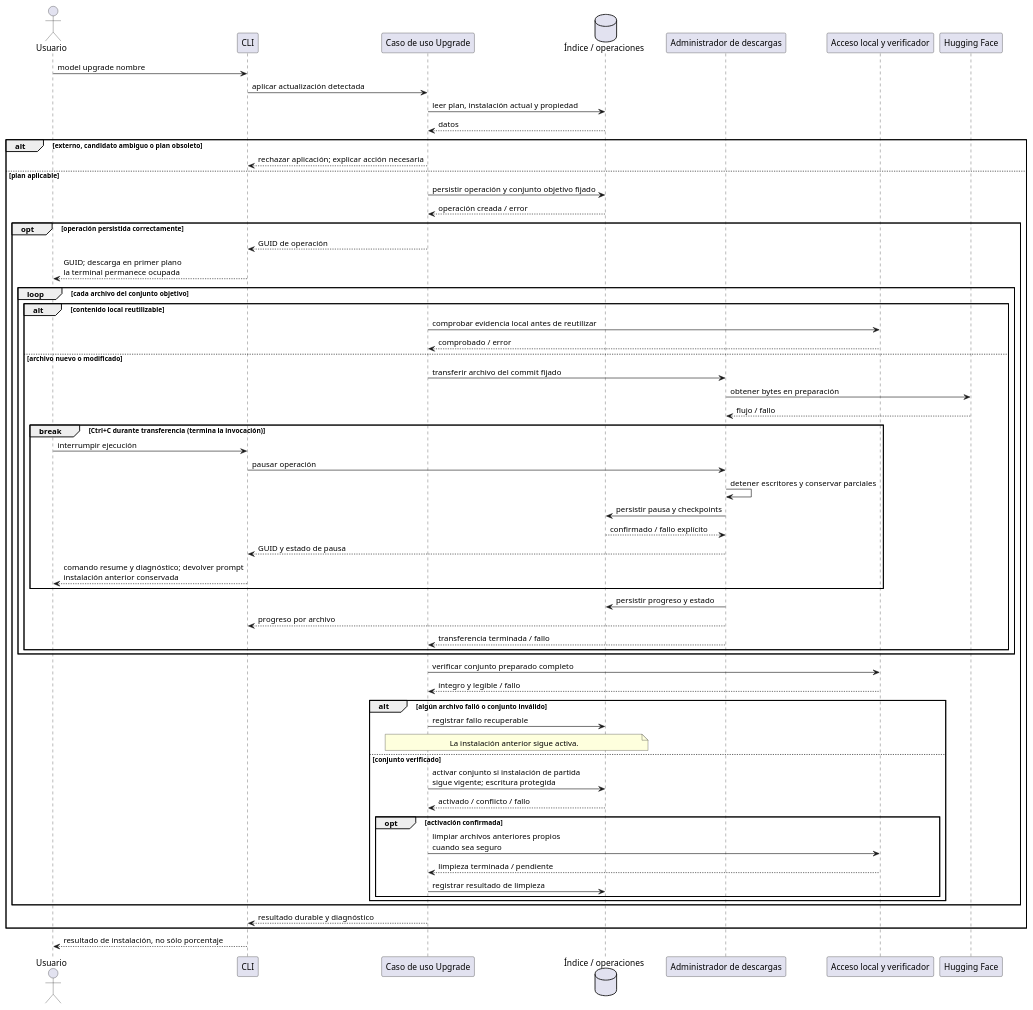
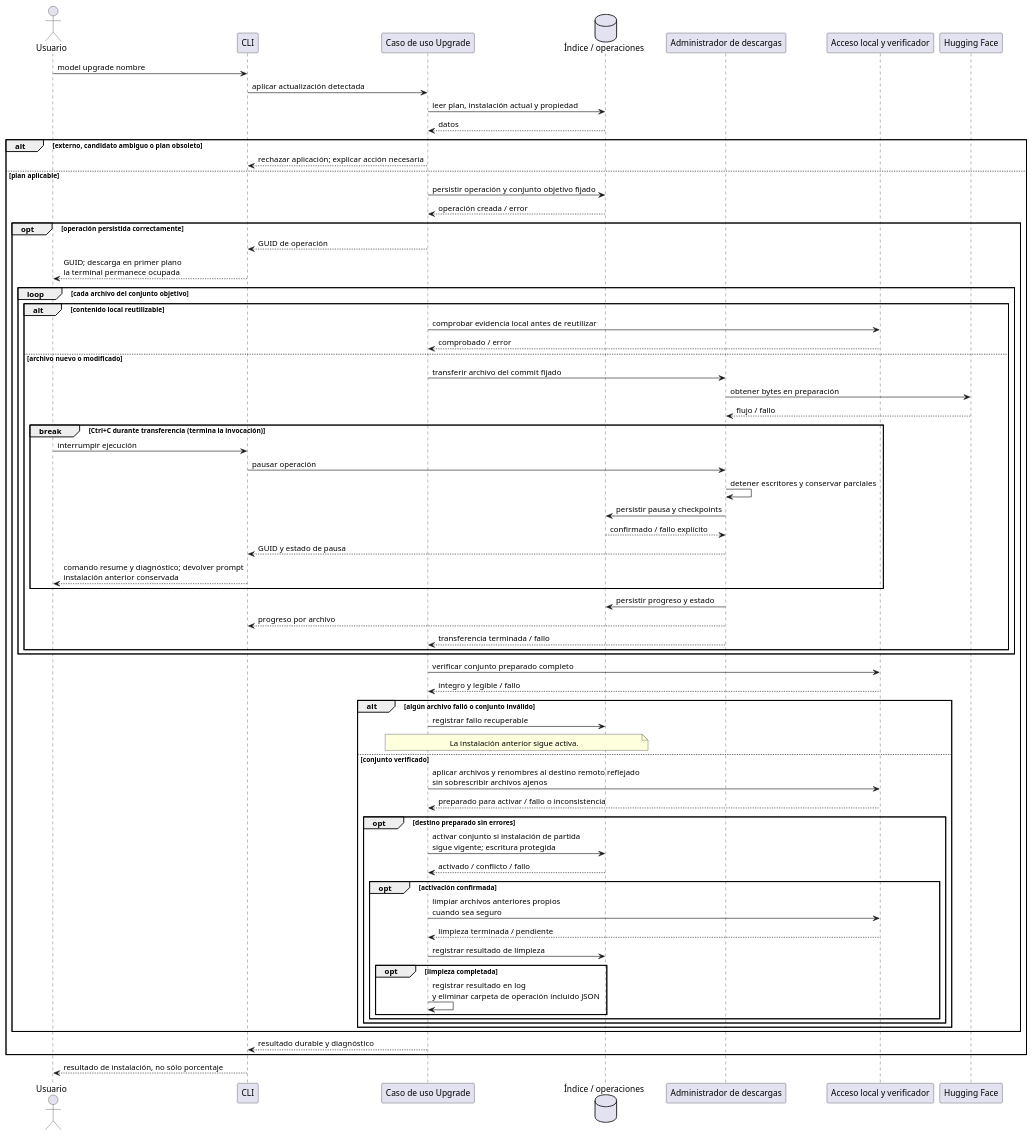
Before and after one commit to mstranich/coquena: the fourth of 7 diagrams in docs/secuencias.md, drawn with PlantUML. The commit also changed other lines of this file and 11 other files, not shown here.

````diff
--- a/docs/secuencias.md
+++ b/docs/secuencias.md
@@ -232,65 +279,72 @@
 ```plantuml
 @startuml
 actor Usuario as U
 participant CLI
 participant "Caso de uso Upgrade" as UG
 database "Índice / operaciones" as I
 participant "Administrador de descargas" as D
 participant "Acceso local y verificador" as F
 participant "Hugging Face" as HF
 U -> CLI : model upgrade nombre
 CLI -> UG : aplicar actualización detectada
 UG -> I : leer plan, instalación actual y propiedad
 I --> UG : datos
 alt externo, candidato ambiguo o plan obsoleto
   UG --> CLI : rechazar aplicación; explicar acción necesaria
 else plan aplicable
   UG -> I : persistir operación y conjunto objetivo fijado
   I --> UG : operación creada / error
   opt operación persistida correctamente
     UG --> CLI : GUID de operación
     CLI --> U : GUID; descarga en primer plano\nla terminal permanece ocupada
     loop cada archivo del conjunto objetivo
       alt contenido local reutilizable
         UG -> F : comprobar evidencia local antes de reutilizar
         F --> UG : comprobado / error
       else archivo nuevo o modificado
         UG -> D : transferir archivo del commit fijado
         D -> HF : obtener bytes en preparación
         HF --> D : flujo / fallo
         break Ctrl+C durante transferencia (termina la invocación)
           U -> CLI : interrumpir ejecución
           CLI -> D : pausar operación
           D -> D : detener escritores y conservar parciales
           D -> I : persistir pausa y checkpoints
           I --> D : confirmado / fallo explícito
           D --> CLI : GUID y estado de pausa
           CLI --> U : comando resume y diagnóstico; devolver prompt\ninstalación anterior conservada
         end
         D -> I : persistir progreso y estado
         D --> CLI : progreso por archivo
         D --> UG : transferencia terminada / fallo
       end
     end
     UG -> F : verificar conjunto preparado completo
     F --> UG : íntegro y legible / fallo
     alt algún archivo falló o conjunto inválido
       UG -> I : registrar fallo recuperable
       note over UG,I
         La instalación anterior sigue activa.
       end note
     else conjunto verificado
+      UG -> F : aplicar archivos y renombres al destino remoto reflejado\nsin sobrescribir archivos ajenos
+      F --> UG : preparado para activar / fallo o inconsistencia
+      opt destino preparado sin errores
       UG -> I : activar conjunto si instalación de partida\nsigue vigente; escritura protegida
       I --> UG : activado / conflicto / fallo
       opt activación confirmada
         UG -> F : limpiar archivos anteriores propios\ncuando sea seguro
         F --> UG : limpieza terminada / pendiente
         UG -> I : registrar resultado de limpieza
+        opt limpieza completada
+          UG -> UG : registrar resultado en log\ny eliminar carpeta de operación incluido JSON
+        end
+      end
       end
     end
   end
   UG --> CLI : resultado durable y diagnóstico
 end
 CLI --> U : resultado de instalación, no sólo porcentaje
 @enduml
 ```
````
